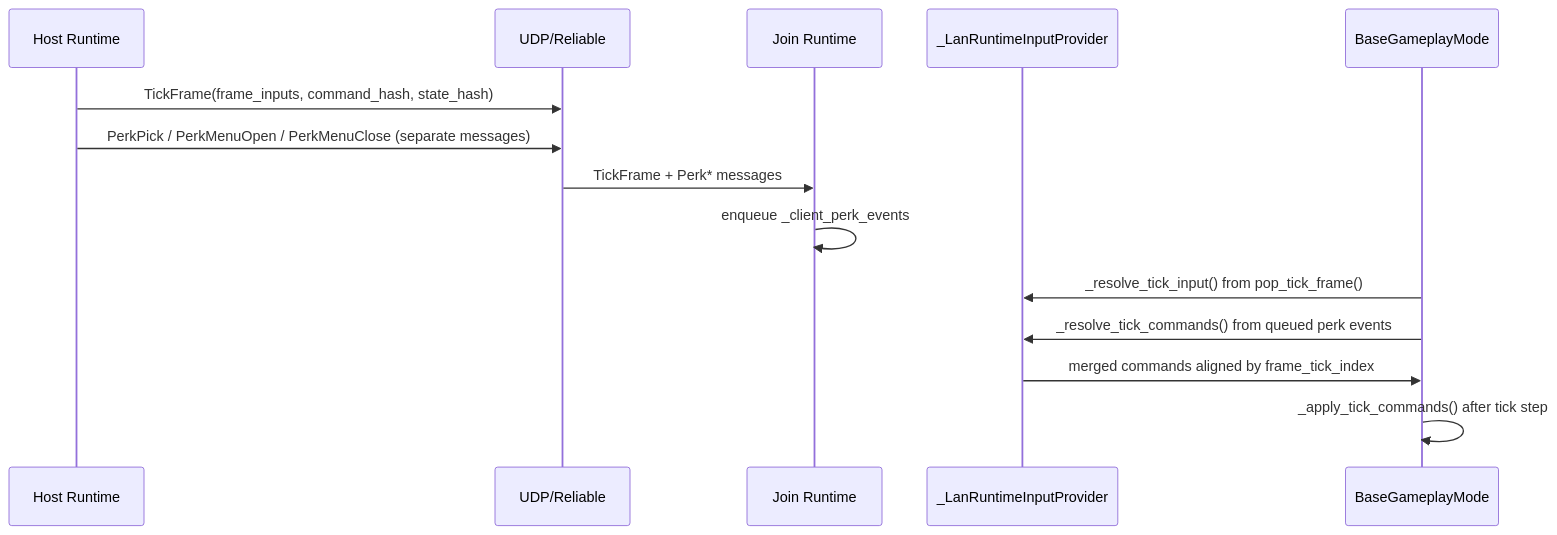
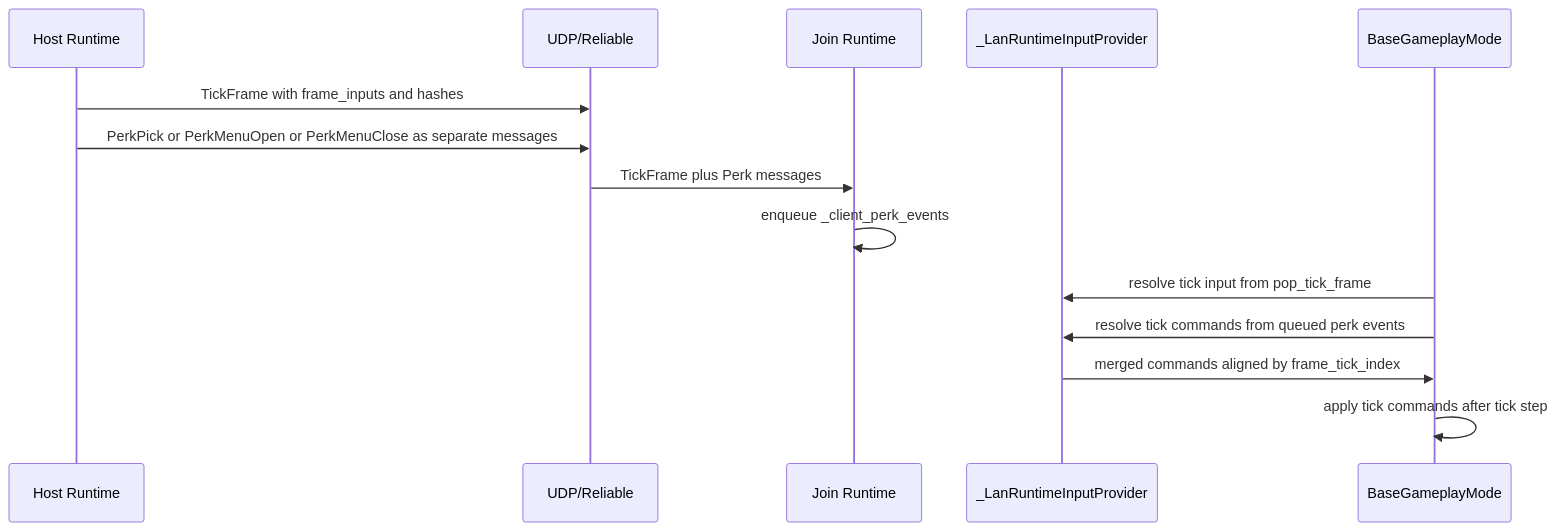
The second of 4 diagrams in replay_architecture_before_after.md (banteg/crimson), drawn with Mermaid before and after one commit. The commit also changed other lines of this file, not shown here.

Commit message:
docs: fix mermaid syntax in replay architecture supplement

````diff
--- a/replay_architecture_before_after.md
+++ b/replay_architecture_before_after.md
@@ -188,19 +186,19 @@
 ```mermaid
 sequenceDiagram
     participant Host as Host Runtime
     participant Wire as UDP/Reliable
     participant Join as Join Runtime
     participant LIP as _LanRuntimeInputProvider
     participant Mode as BaseGameplayMode
 
-    Host->>Wire: TickFrame(frame_inputs, command_hash, state_hash)
-    Host->>Wire: PerkPick / PerkMenuOpen / PerkMenuClose (separate messages)
+    Host->>Wire: TickFrame with frame_inputs and hashes
+    Host->>Wire: PerkPick or PerkMenuOpen or PerkMenuClose as separate messages
 
-    Wire->>Join: TickFrame + Perk* messages
+    Wire->>Join: TickFrame plus Perk messages
     Join->>Join: enqueue _client_perk_events
 
-    Mode->>LIP: _resolve_tick_input() from pop_tick_frame()
-    Mode->>LIP: _resolve_tick_commands() from queued perk events
+    Mode->>LIP: resolve tick input from pop_tick_frame
+    Mode->>LIP: resolve tick commands from queued perk events
     LIP->>Mode: merged commands aligned by frame_tick_index
-    Mode->>Mode: _apply_tick_commands() after tick step
+    Mode->>Mode: apply tick commands after tick step
 ```
````
